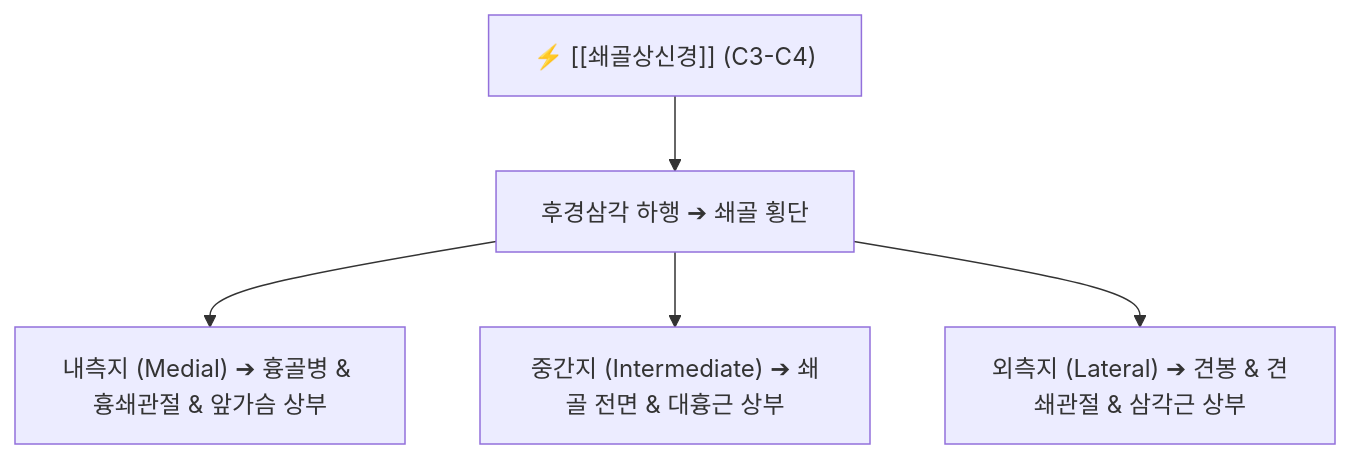
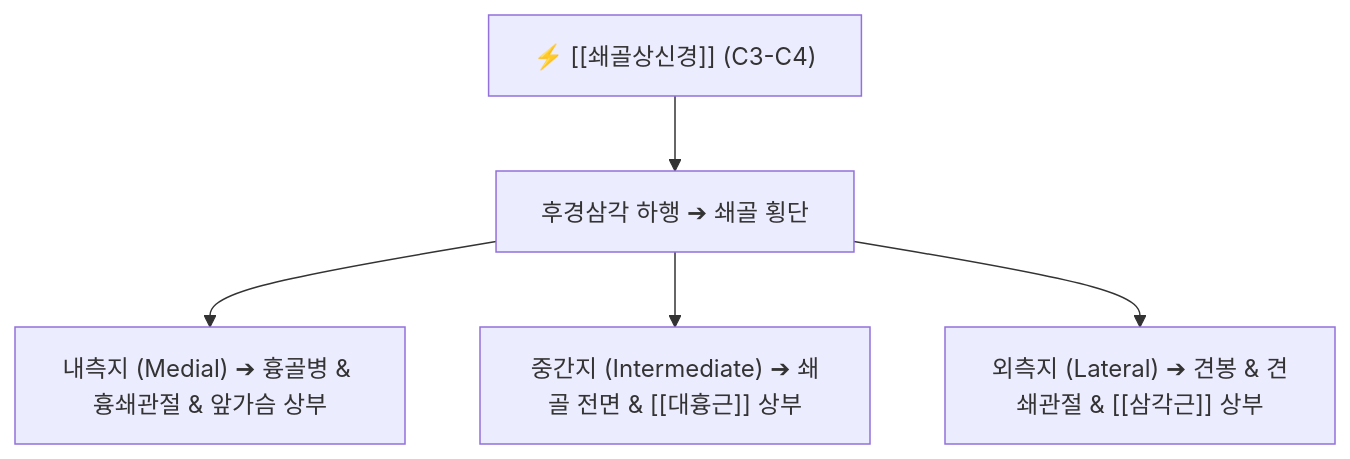
One commit to simbio11/simbio-digital-garden2 changed the diagram in content/1. 근골격계 공부/신경/03_경신경총/쇄골상신경.md. Above: the diagram before and after it, drawn with Mermaid. The commit also changed other lines of this file and 73 other files, not shown here.

````diff
--- a/content/1. 근골격계 공부/신경/03_경신경총/쇄골상신경.md
+++ b/content/1. 근골격계 공부/신경/03_경신경총/쇄골상신경.md
@@ -66,7 +48,7 @@
 ```mermaid
 graph TD
     Root["⚡ [[쇄골상신경]] (C3-C4)"] --> Trunk["후경삼각 하행 ➔ 쇄골 횡단"]
     Trunk --> Medial["내측지 (Medial) ➔ 흉골병 & 흉쇄관절 & 앞가슴 상부"]
-    Trunk --> Inter["중간지 (Intermediate) ➔ 쇄골 전면 & 대흉근 상부"]
-    Trunk --> Lateral["외측지 (Lateral) ➔ 견봉 & 견쇄관절 & 삼각근 상부"]
+    Trunk --> Inter["중간지 (Intermediate) ➔ 쇄골 전면 & [[대흉근]] 상부"]
+    Trunk --> Lateral["외측지 (Lateral) ➔ 견봉 & 견쇄관절 & [[삼각근]] 상부"]
 ```
````
